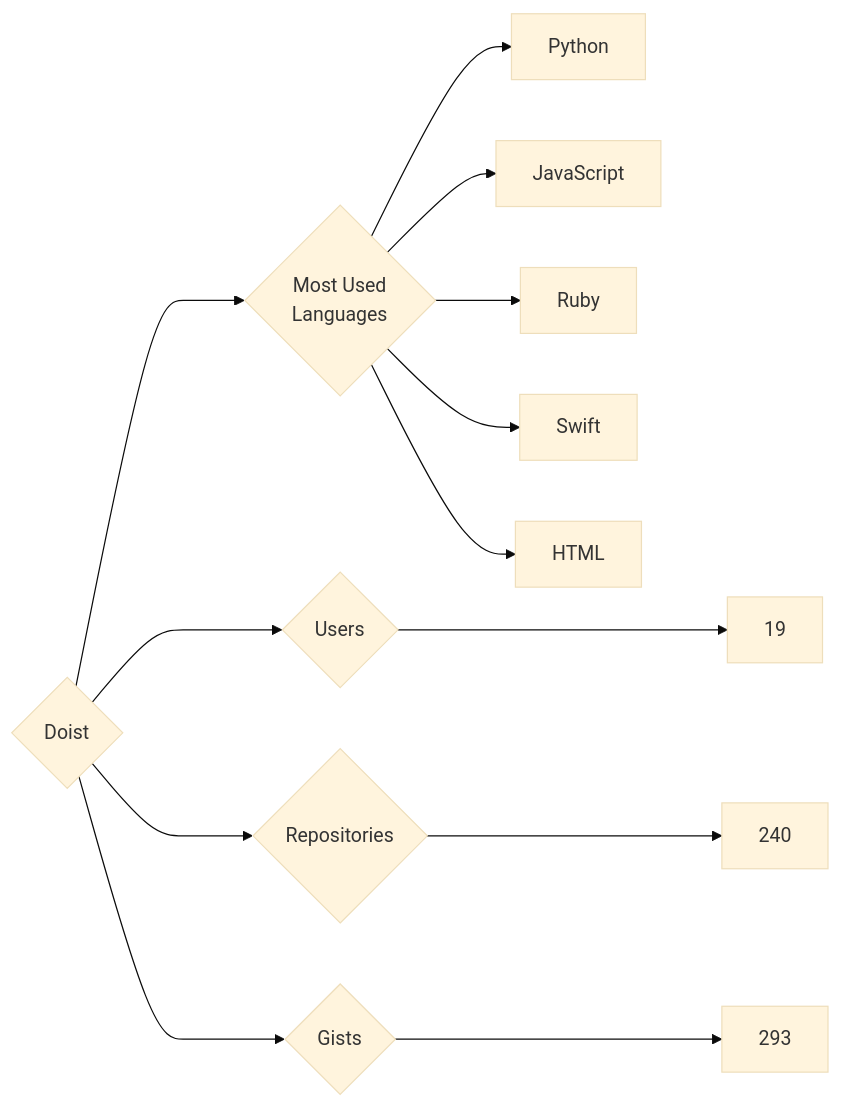
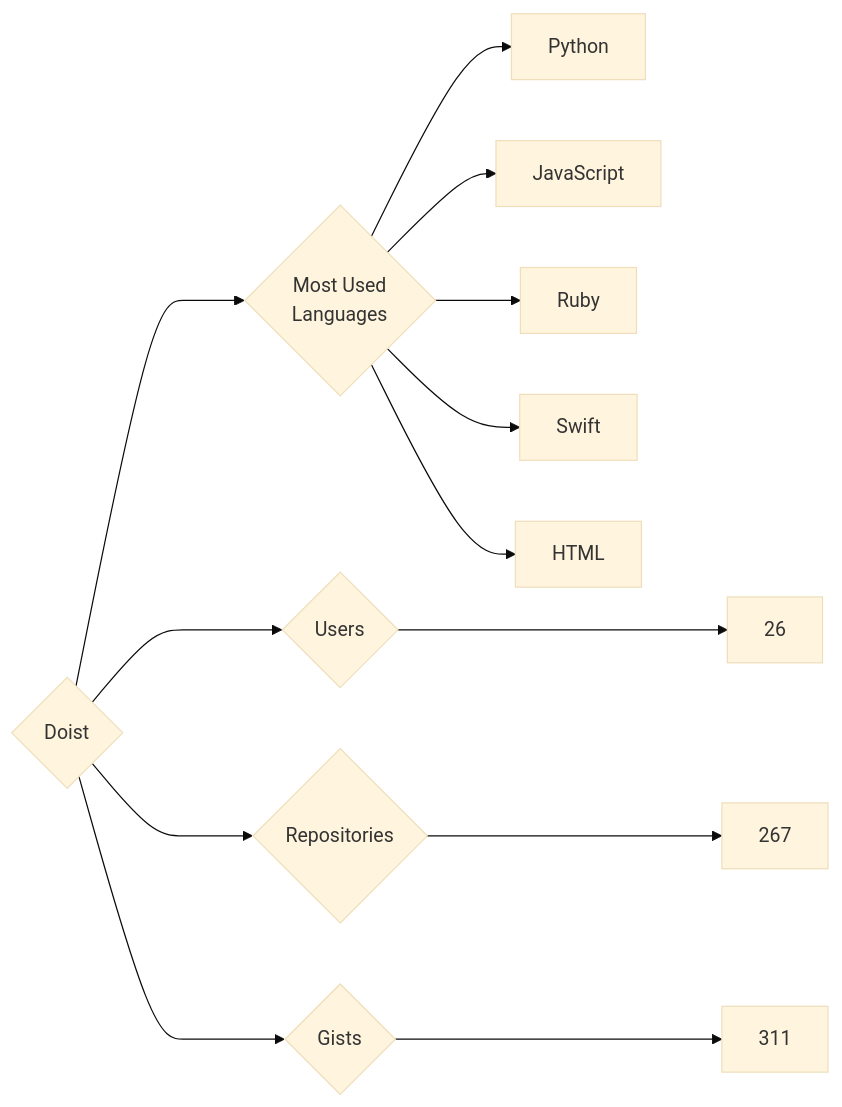
One commit to trickest/insiders changed the diagram in targets/Doist/README.md. Above: the diagram before and after it, drawn with Mermaid (base theme). The commit also changed 636 other files, not shown here.

````diff
--- a/targets/Doist/README.md
+++ b/targets/Doist/README.md
@@ -3,13 +3,13 @@
 ```mermaid
 graph LR
 COMPANY_NAME{Doist}
-COMPANY_NAME ---> U{Users} ---> UN[19]
-COMPANY_NAME ---> R{Repositories} ---> RN[240]
-COMPANY_NAME ---> G{Gists} ---> GN[293]
+COMPANY_NAME ---> U{Users} ---> UN[26]
+COMPANY_NAME ---> R{Repositories} ---> RN[267]
+COMPANY_NAME ---> G{Gists} ---> GN[311]
 COMPANY_NAME ---> ML{Most Used<br>Languages}
 ML --> Python[Python]
 ML --> JavaScript[JavaScript]
 ML --> Ruby[Ruby]
 ML --> Swift[Swift]
 ML --> HTML[HTML]
 ```
````
